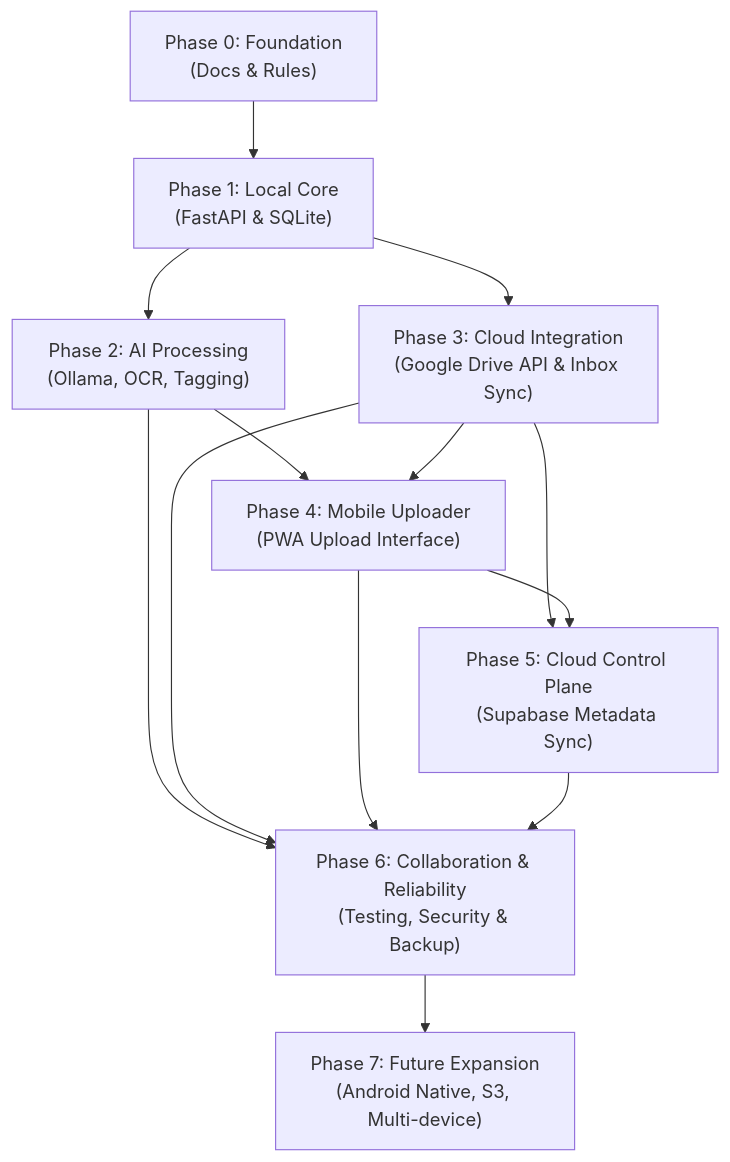
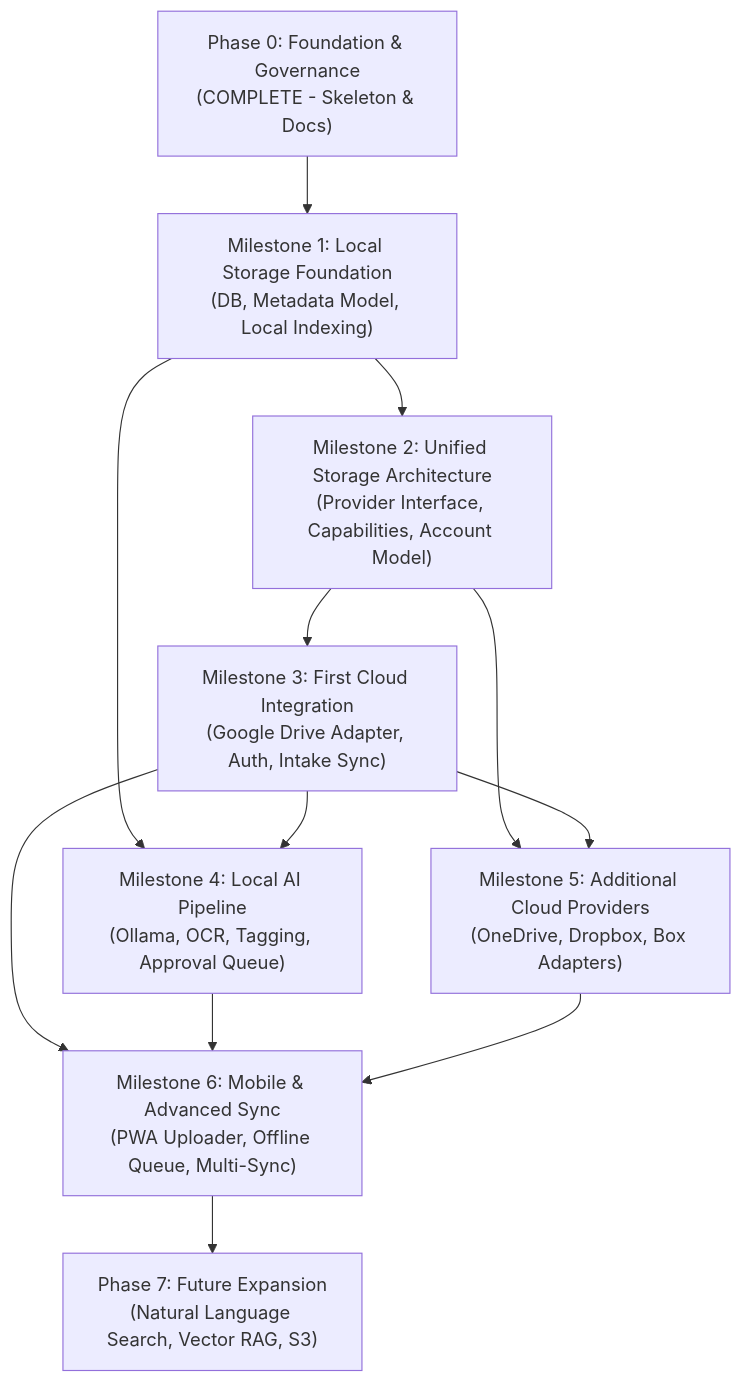
The diagram in docs/ROADMAP.md (ubeshkhan1024/SiloVault), drawn with Mermaid before and after one commit. The commit also changed other lines of this file and 7 other files, not shown here.

First line of the commit message:
Expand SiloVault architecture to five cloud providers

````diff
--- a/docs/ROADMAP.md
+++ b/docs/ROADMAP.md
@@ -14,10 +14,10 @@
 ```mermaid
 flowchart TD
-    P0["Phase 0: Foundation\n(Docs & Rules)"] --> P1["Phase 1: Local Core\n(FastAPI & SQLite)"]
-    P1 --> P2["Phase 2: AI Processing\n(Ollama, OCR, Tagging)"]
-    P1 --> P3["Phase 3: Cloud Integration\n(Google Drive API & Inbox Sync)"]
-    P2 & P3 --> P4["Phase 4: Mobile Uploader\n(PWA Upload Interface)"]
-    P3 & P4 --> P5["Phase 5: Cloud Control Plane\n(Supabase Metadata Sync)"]
-    P2 & P3 & P4 & P5 --> P6["Phase 6: Collaboration & Reliability\n(Testing, Security & Backup)"]
-    P6 --> P7["Phase 7: Future Expansion\n(Android Native, S3, Multi-device)"]
+    M0["Phase 0: Foundation & Governance\n(COMPLETE - Skeleton & Docs)"] --> M1["Milestone 1: Local Storage Foundation\n(DB, Metadata Model, Local Indexing)"]
+    M1 --> M2["Milestone 2: Unified Storage Architecture\n(Provider Interface, Capabilities, Account Model)"]
+    M2 --> M3["Milestone 3: First Cloud Integration\n(Google Drive Adapter, Auth, Intake Sync)"]
+    M1 & M3 --> M4["Milestone 4: Local AI Pipeline\n(Ollama, OCR, Tagging, Approval Queue)"]
+    M2 & M3 --> M5["Milestone 5: Additional Cloud Providers\n(OneDrive, Dropbox, Box Adapters)"]
+    M3 & M4 & M5 --> M6["Milestone 6: Mobile & Advanced Sync\n(PWA Uploader, Offline Queue, Multi-Sync)"]
+    M6 --> M7["Phase 7: Future Expansion\n(Natural Language Search, Vector RAG, S3)"]
 ```
````
